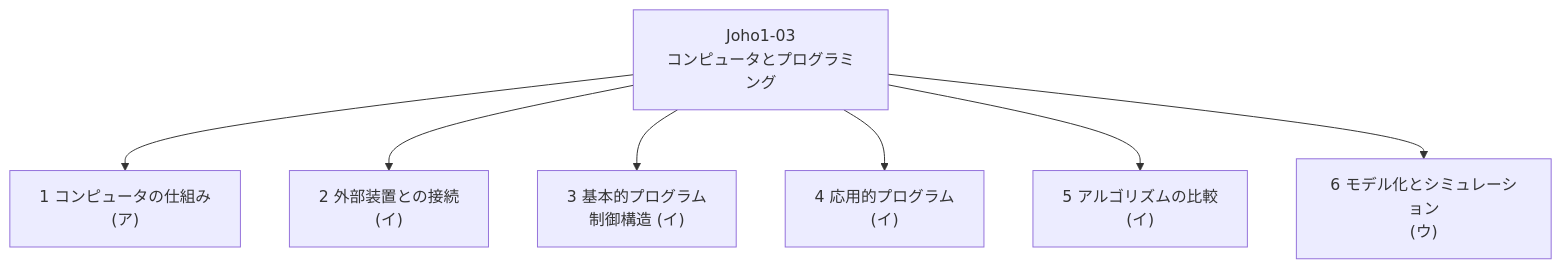
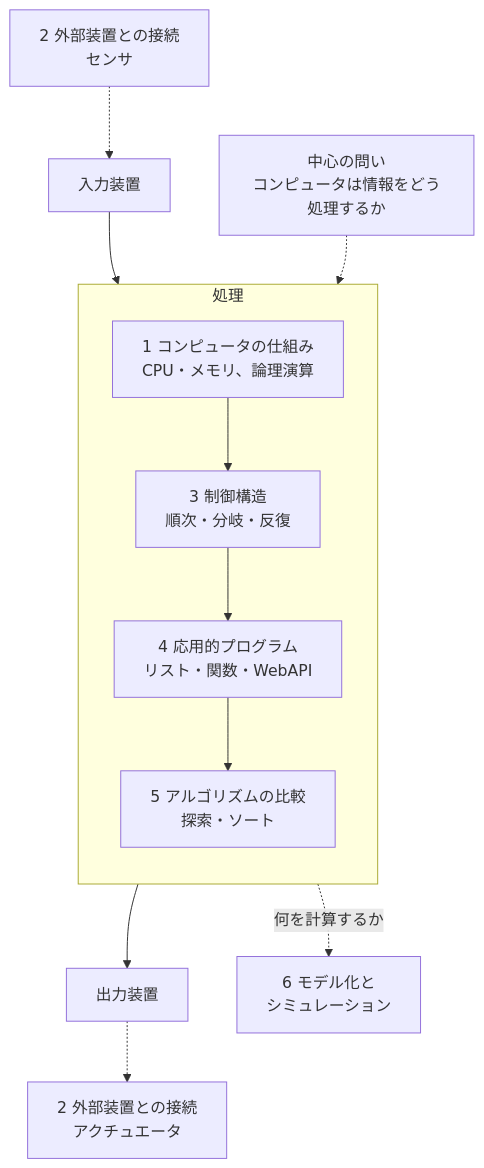
One commit to miyataka/cszap changed the first of 5 diagrams in docs/Joho1/Joho1-03.md. Above: the diagram before and after it, drawn with Mermaid. The commit also changed other lines of this file and 28 other files, not shown here.

First line of the commit message:
docs: redesign 全体像 diagrams per unit (29 pages)

````diff
--- a/docs/Joho1/Joho1-03.md
+++ b/docs/Joho1/Joho1-03.md
@@ -13,9 +13,26 @@
 ```mermaid
-graph TD
-  A[Joho1-03<br/>コンピュータとプログラミング] --> B["1 コンピュータの仕組み<br/>(ア)"]
-  A --> C["2 外部装置との接続<br/>(イ)"]
-  A --> D["3 基本的プログラム<br/>制御構造 (イ)"]
-  A --> E["4 応用的プログラム<br/>(イ)"]
-  A --> F["5 アルゴリズムの比較<br/>(イ)"]
-  A --> G["6 モデル化とシミュレーション<br/>(ウ)"]
+flowchart TD
+  Q["中心の問い<br/>コンピュータは情報をどう処理するか"]
+
+  EXT1["2 外部装置との接続<br/>センサ"]
+  EXT2["2 外部装置との接続<br/>アクチュエータ"]
+
+  IN["入力装置"]
+
+  subgraph CORE["処理"]
+    direction TB
+    CPU["1 コンピュータの仕組み<br/>CPU・メモリ、論理演算"] --> CTRL["3 制御構造<br/>順次・分岐・反復"]
+    CTRL --> APP["4 応用的プログラム<br/>リスト・関数・WebAPI"]
+    APP --> ALGO["5 アルゴリズムの比較<br/>探索・ソート"]
+  end
+
+  IN --> CPU
+  ALGO --> OUT["出力装置"]
+
+  EXT1 -.-> IN
+  OUT -.-> EXT2
+
+  ALGO -.->|何を計算するか| MODEL["6 モデル化と<br/>シミュレーション"]
+
+  Q -.-> CPU
 ```
````
